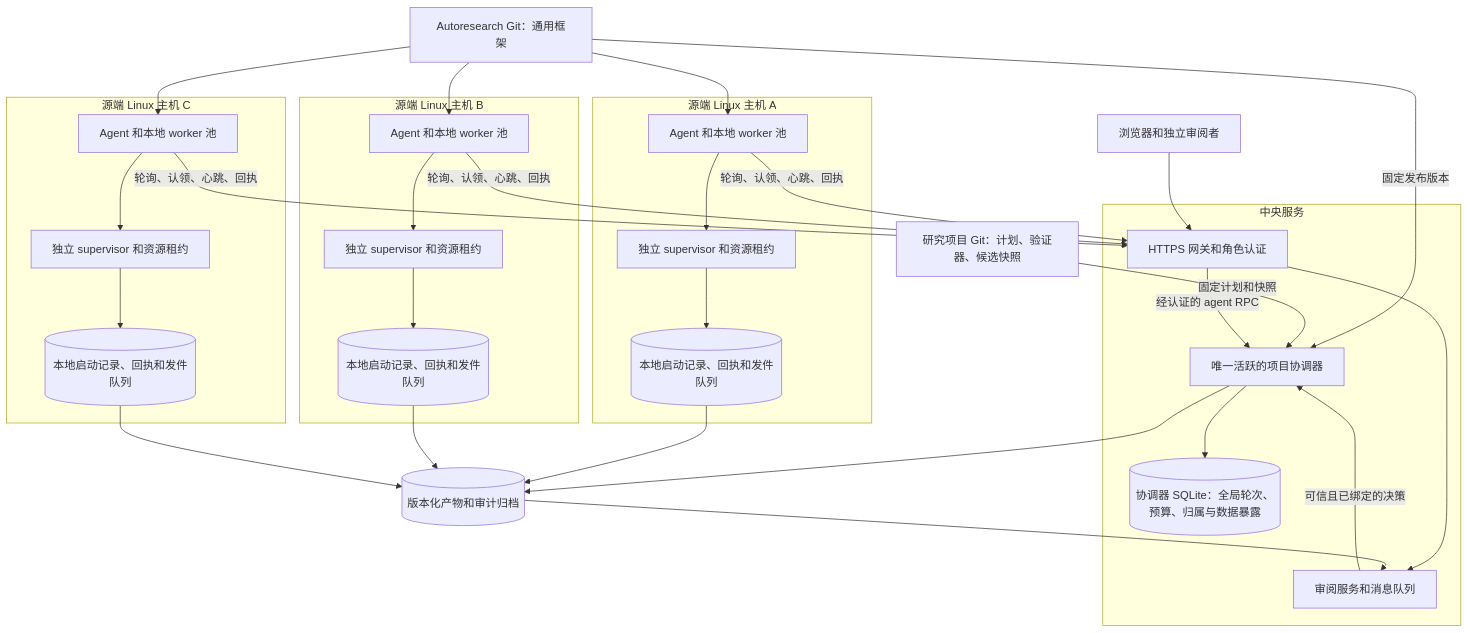
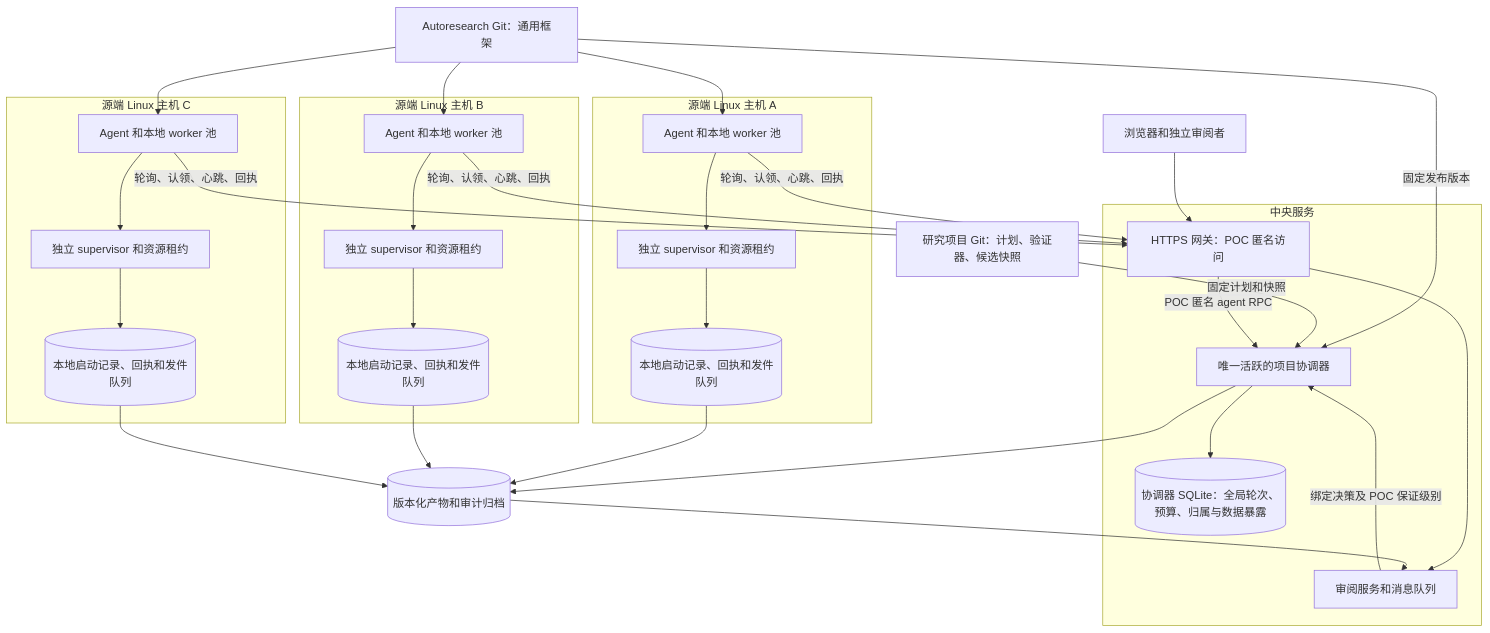
The first of 7 diagrams in .plan/261028-1205-host-review-dashboard-over-https-zh.md (hotneutron/autoresearch), drawn with Mermaid before and after one commit. The commit also changed other lines of this file and 62 other files, not shown here.

````diff
--- a/.plan/261028-1205-host-review-dashboard-over-https-zh.md
+++ b/.plan/261028-1205-host-review-dashboard-over-https-zh.md
@@ -98,52 +105,52 @@
 ```mermaid
 flowchart TB
     FG["Autoresearch Git：通用框架"]
     SG["研究项目 Git：计划、验证器、候选快照"]
     B["浏览器和独立审阅者"]
     subgraph CENTRAL["中央服务"]
-        API["HTTPS 网关和角色认证"]
+        API["HTTPS 网关：POC 匿名访问"]
         REVIEW["审阅服务和消息队列"]
         C["唯一活跃的项目协调器"]
         G[("协调器 SQLite：全局轮次、预算、归属与数据暴露")]
     end
     subgraph HA["源端 Linux 主机 A"]
         AA["Agent 和本地 worker 池"]
         SA["独立 supervisor 和资源租约"]
         LA[("本地启动记录、回执和发件队列")]
     end
     subgraph HB["源端 Linux 主机 B"]
         AB["Agent 和本地 worker 池"]
         SB["独立 supervisor 和资源租约"]
         LB[("本地启动记录、回执和发件队列")]
     end
     subgraph HC["源端 Linux 主机 C"]
         AC["Agent 和本地 worker 池"]
         SC["独立 supervisor 和资源租约"]
         LC[("本地启动记录、回执和发件队列")]
     end
     O[("版本化产物和审计归档")]
     FG -->|"固定发布版本"| C
     FG --> AA
     FG --> AB
     FG --> AC
     SG -->|"固定计划和快照"| C
     B --> API
     API --> REVIEW
-    REVIEW -->|"可信且已绑定的决策"| C
-    API -->|"经认证的 agent RPC"| C
+    REVIEW -->|"绑定决策及 POC 保证级别"| C
+    API -->|"POC 匿名 agent RPC"| C
     C --> G
     AA -->|"轮询、认领、心跳、回执"| API
     AB -->|"轮询、认领、心跳、回执"| API
     AC -->|"轮询、认领、心跳、回执"| API
     AA --> SA
     AB --> SB
     AC --> SC
     SA --> LA
     SB --> LB
     SC --> LC
     LA --> O
     LB --> O
     LC --> O
     C --> O
     O --> REVIEW
 ```
````
